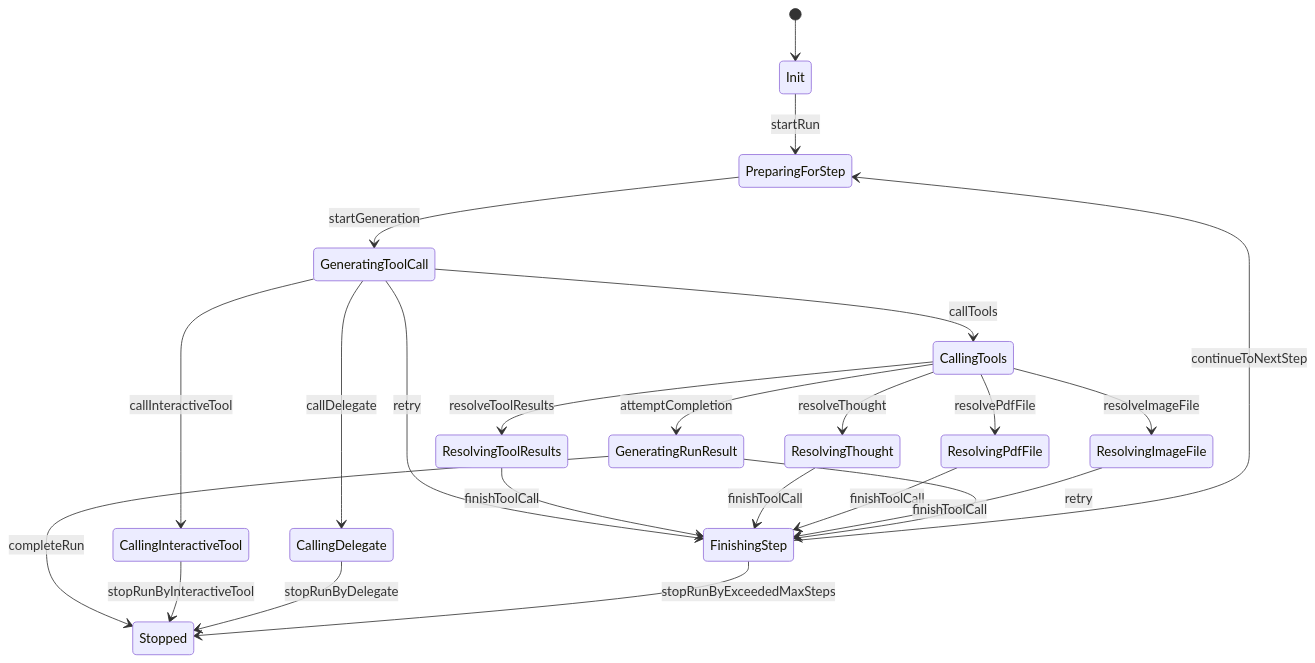
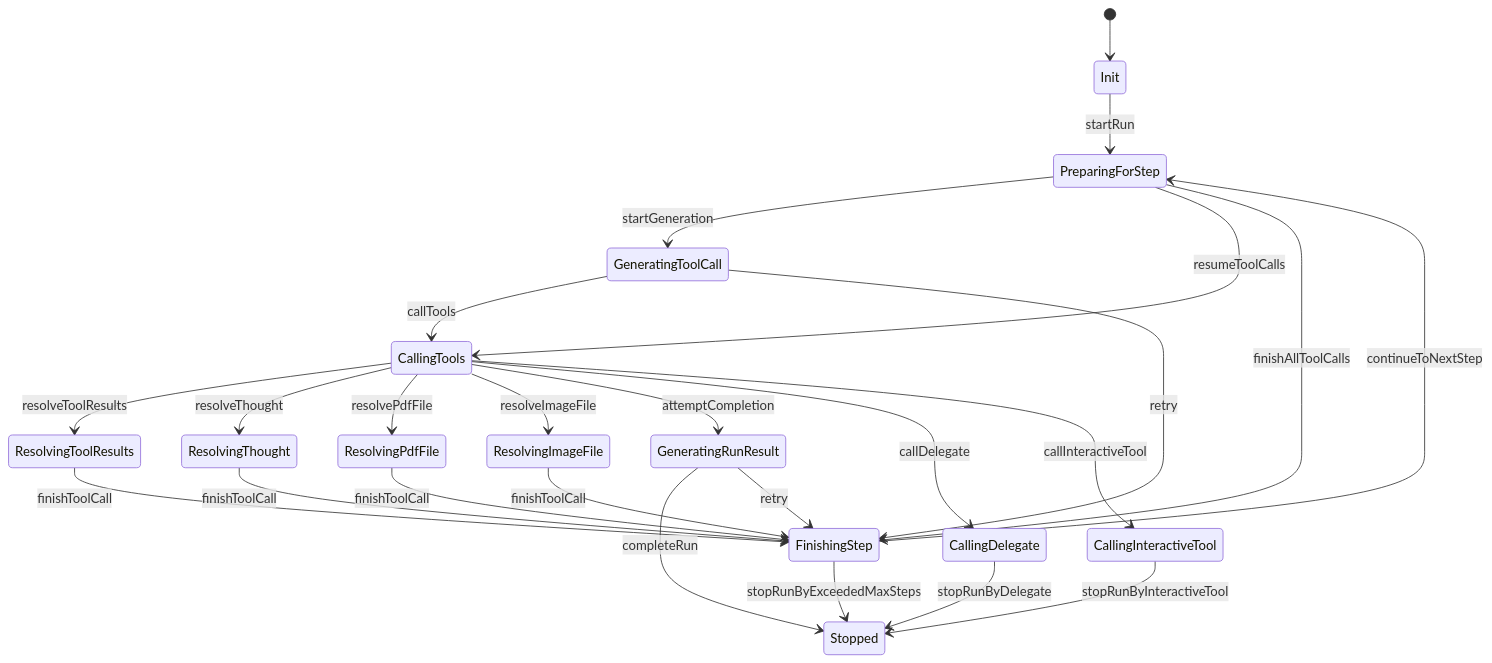
Before and after one commit to perstack-ai/perstack: the third of 3 diagrams in packages/runtime/README.md, drawn with Mermaid. The commit also changed other lines of this file and 1 other file, not shown here.

Commit message:
Docs: Update runtime documentation for mixed tool calls

````diff
--- a/packages/runtime/README.md
+++ b/packages/runtime/README.md
@@ -183,31 +183,33 @@
 ```mermaid
 stateDiagram-v2
     [*] --> Init
     Init --> PreparingForStep: startRun
     PreparingForStep --> GeneratingToolCall: startGeneration
+    PreparingForStep --> CallingTools: resumeToolCalls
+    PreparingForStep --> FinishingStep: finishAllToolCalls
     
     GeneratingToolCall --> CallingTools: callTools
-    GeneratingToolCall --> CallingInteractiveTool: callInteractiveTool
-    GeneratingToolCall --> CallingDelegate: callDelegate
     GeneratingToolCall --> FinishingStep: retry
 
     CallingTools --> ResolvingToolResults: resolveToolResults
     CallingTools --> ResolvingThought: resolveThought
     CallingTools --> ResolvingPdfFile: resolvePdfFile
     CallingTools --> ResolvingImageFile: resolveImageFile
     CallingTools --> GeneratingRunResult: attemptCompletion
+    CallingTools --> CallingDelegate: callDelegate
+    CallingTools --> CallingInteractiveTool: callInteractiveTool
 
     ResolvingToolResults --> FinishingStep: finishToolCall
     ResolvingThought --> FinishingStep: finishToolCall
     ResolvingPdfFile --> FinishingStep: finishToolCall
     ResolvingImageFile --> FinishingStep: finishToolCall
 
     GeneratingRunResult --> Stopped: completeRun
     GeneratingRunResult --> FinishingStep: retry
 
     CallingInteractiveTool --> Stopped: stopRunByInteractiveTool
     CallingDelegate --> Stopped: stopRunByDelegate
     
     FinishingStep --> PreparingForStep: continueToNextStep
     FinishingStep --> Stopped: stopRunByExceededMaxSteps
 ```
````
